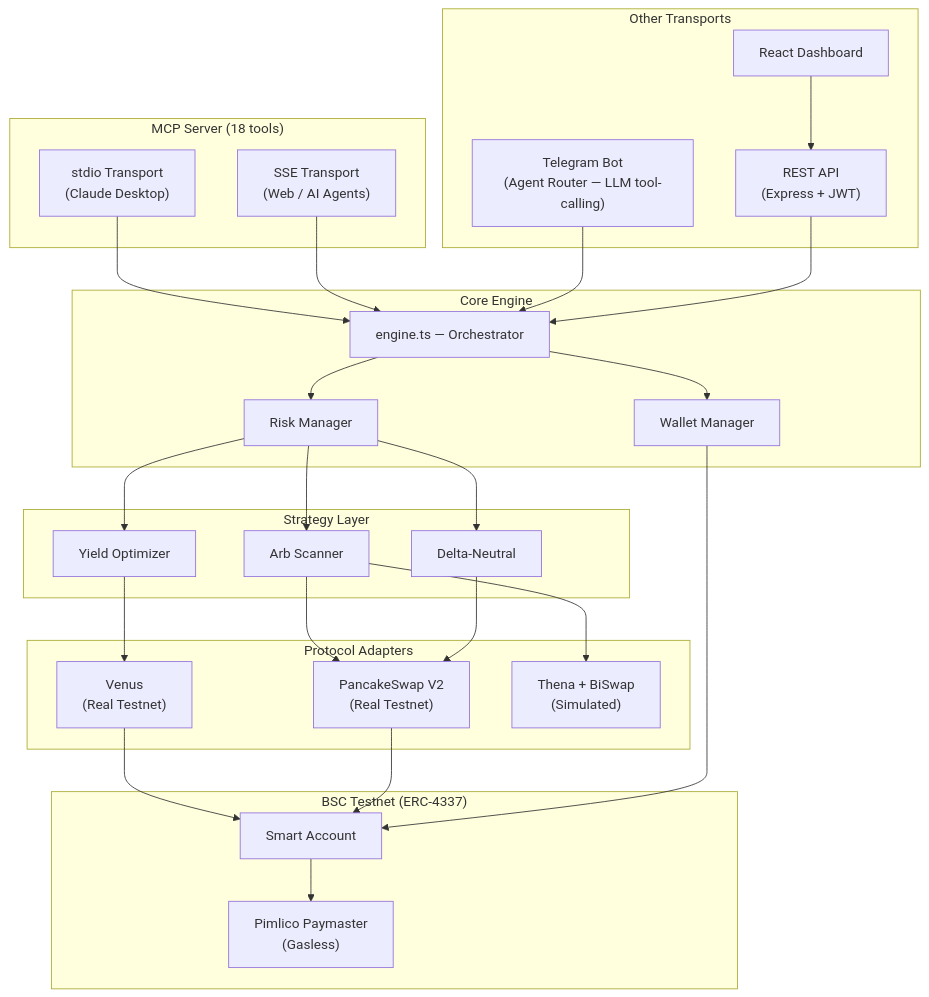
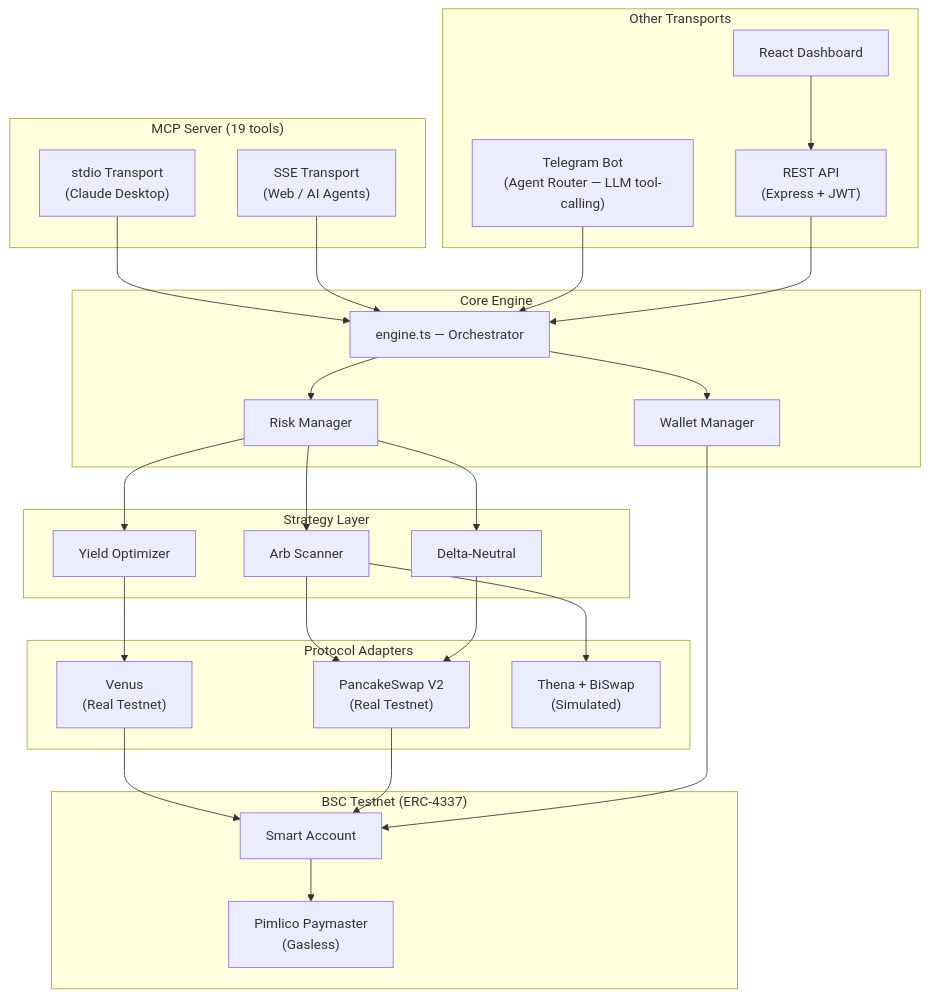
The diagram in README.md (harshranjan-art/DEFAI-MCP), drawn with Mermaid before and after one commit. The commit also changed other lines of this file and 1 other file, not shown here.

````diff
--- a/README.md
+++ b/README.md
@@ -492,47 +493,47 @@
 ```mermaid
 graph TB
-    subgraph MCP_Layer["MCP Server (18 tools)"]
+    subgraph MCP_Layer["MCP Server (19 tools)"]
         STDIO["stdio Transport<br/>(Claude Desktop)"]
         SSE["SSE Transport<br/>(Web / AI Agents)"]
     end
 
     subgraph Other["Other Transports"]
         TG["Telegram Bot<br/>(Agent Router — LLM tool-calling)"]
         API["REST API<br/>(Express + JWT)"]
         DASH["React Dashboard"]
     end
 
     subgraph Engine["Core Engine"]
         ENG["engine.ts — Orchestrator"]
         RM["Risk Manager"]
         WM["Wallet Manager"]
     end
 
     subgraph Strategies["Strategy Layer"]
         YO["Yield Optimizer"]
         AS["Arb Scanner"]
         DN["Delta-Neutral"]
     end
 
     subgraph Protocols["Protocol Adapters"]
         VA["Venus<br/>(Real Testnet)"]
         PA["PancakeSwap V2<br/>(Real Testnet)"]
         TA["Thena + BiSwap<br/>(Simulated)"]
     end
 
     subgraph BSC["BSC Testnet (ERC-4337)"]
         AA["Smart Account"]
         PM["Pimlico Paymaster<br/>(Gasless)"]
     end
 
     STDIO & SSE --> ENG
     TG --> ENG
     API --> ENG
     DASH --> API
     ENG --> RM --> YO & AS & DN
     YO --> VA
     AS --> PA & TA
     DN --> PA
     VA & PA --> AA --> PM
     ENG --> WM --> AA
 ```
````
